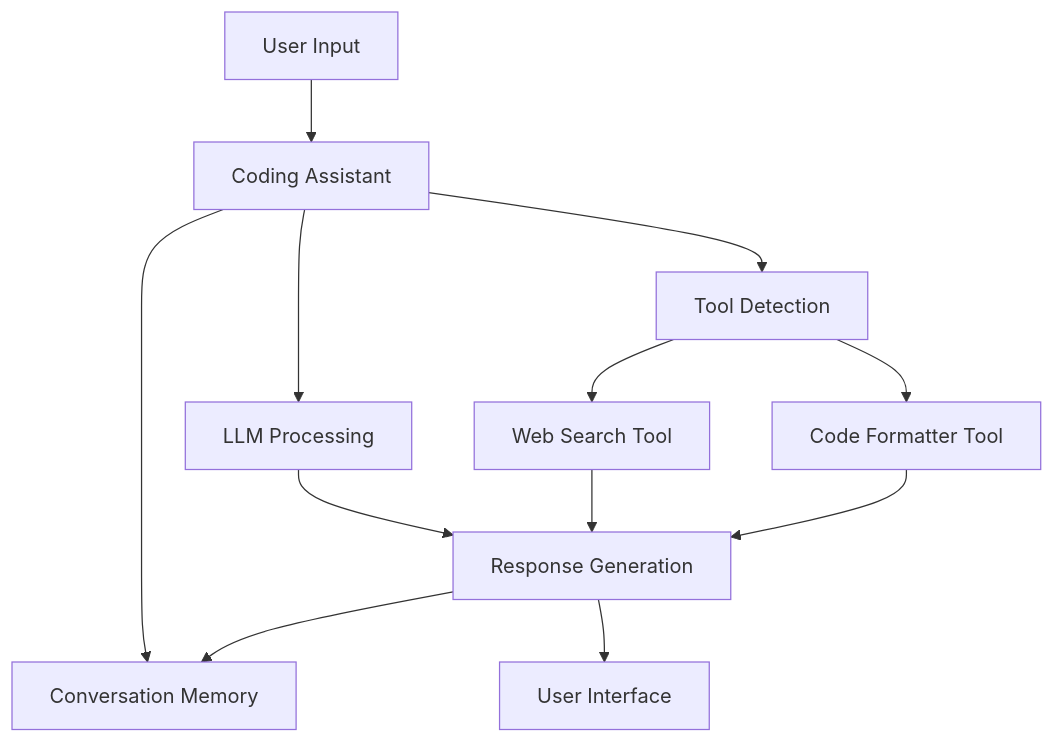
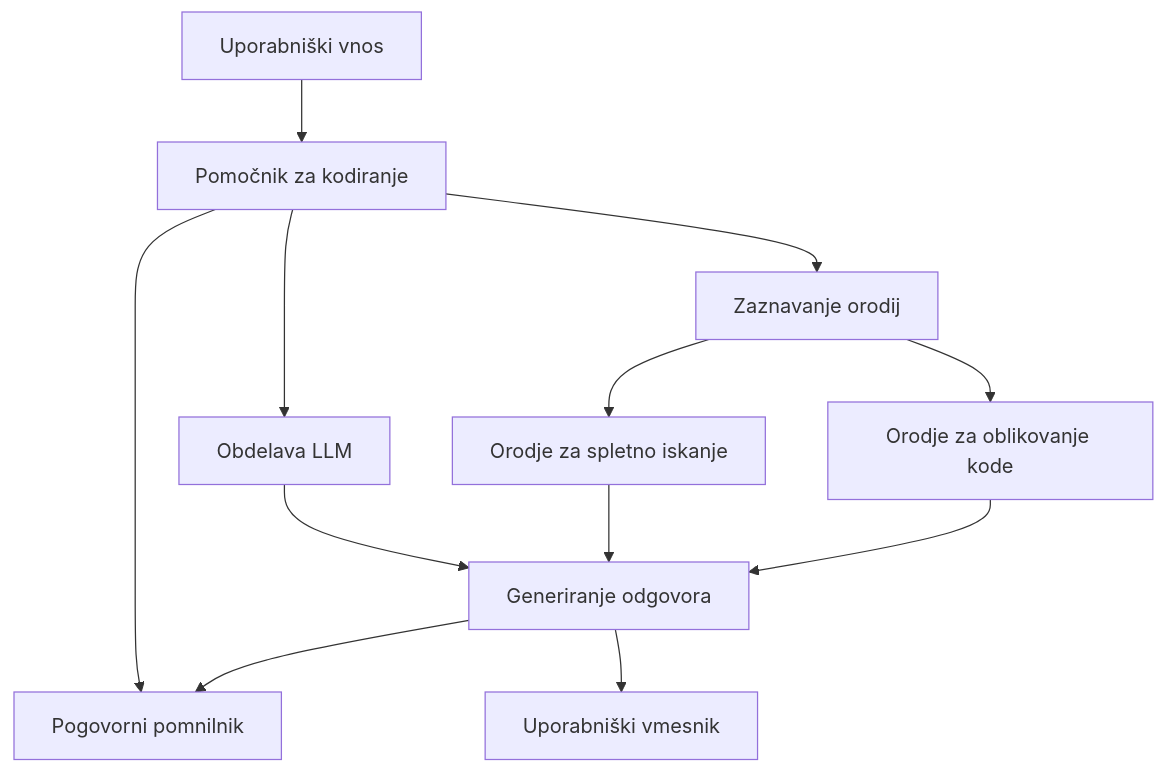
Before and after one commit to microsoft/Web-Dev-For-Beginners: the ninth of 11 diagrams in translations/sl/10-ai-framework-project/README.md, drawn with Mermaid. The commit also changed other lines of this file and 99 other files, not shown here.

````diff
--- a/translations/sl/10-ai-framework-project/README.md
+++ b/translations/sl/10-ai-framework-project/README.md
@@ -692,17 +888,17 @@
 ```mermaid
 graph TD
-    A[User Input] --> B[Coding Assistant]
-    B --> C[Conversation Memory]
-    B --> D[Tool Detection]
-    B --> E[LLM Processing]
+    A[Uporabniški vnos] --> B[Pomočnik za kodiranje]
+    B --> C[Pogovorni pomnilnik]
+    B --> D[Zaznavanje orodij]
+    B --> E[Obdelava LLM]
     
-    D --> F[Web Search Tool]
-    D --> G[Code Formatter Tool]
+    D --> F[Orodje za spletno iskanje]
+    D --> G[Orodje za oblikovanje kode]
     
-    E --> H[Response Generation]
+    E --> H[Generiranje odgovora]
     F --> H
     G --> H
     
-    H --> I[User Interface]
+    H --> I[Uporabniški vmesnik]
     H --> C
 ```
````
